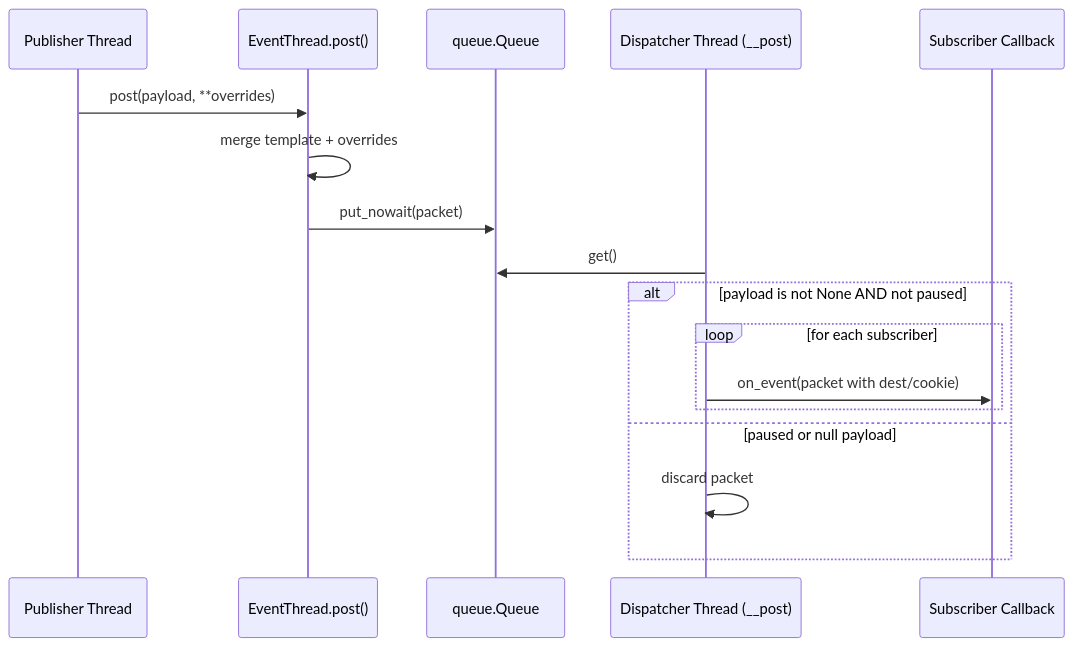
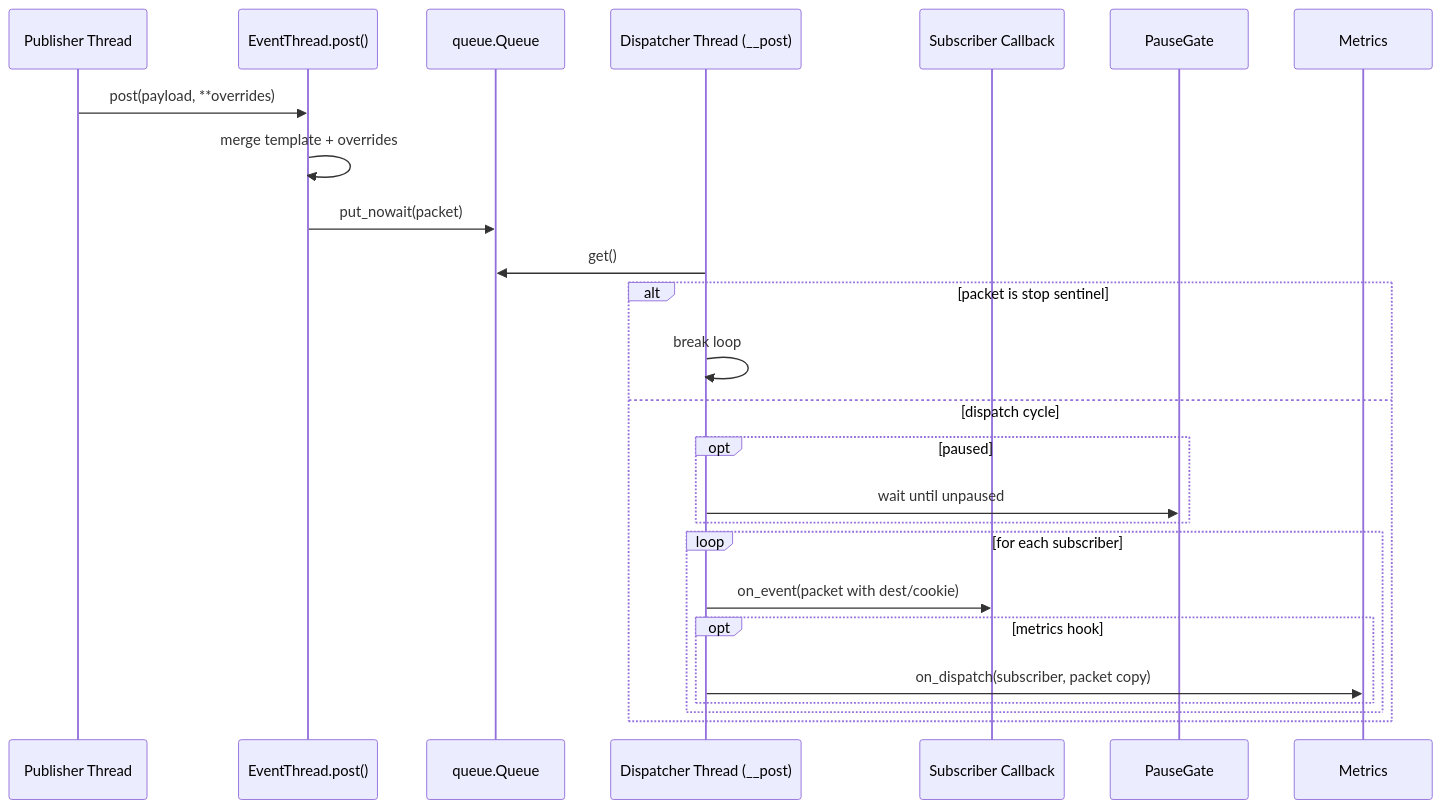
Before and after one commit to sandboxzilla/timer_event: the second of 3 diagrams in docs/high_level_design.md, drawn with Mermaid. The commit also changed other lines of this file and 17 other files, not shown here.

````diff
--- a/docs/high_level_design.md
+++ b/docs/high_level_design.md
@@ -38,20 +38,26 @@
 ```mermaid
 sequenceDiagram
     participant Publisher as Publisher Thread
     participant EventThread as EventThread.post()
     participant Queue as queue.Queue
     participant Dispatcher as Dispatcher Thread (__post)
     participant Subscriber as Subscriber Callback
 
     Publisher->>EventThread: post(payload, **overrides)
     EventThread->>EventThread: merge template + overrides
     EventThread->>Queue: put_nowait(packet)
     Dispatcher->>Queue: get()
-    alt payload is not None AND not paused
+    alt packet is stop sentinel
+        Dispatcher->>Dispatcher: break loop
+    else dispatch cycle
+        opt paused
+            Dispatcher->>PauseGate: wait until unpaused
+        end
         loop for each subscriber
             Dispatcher->>Subscriber: on_event(packet with dest/cookie)
+            opt metrics hook
+                Dispatcher->>Metrics: on_dispatch(subscriber, packet copy)
+            end
         end
-    else paused or null payload
-        Dispatcher->>Dispatcher: discard packet
     end
 ```
````
